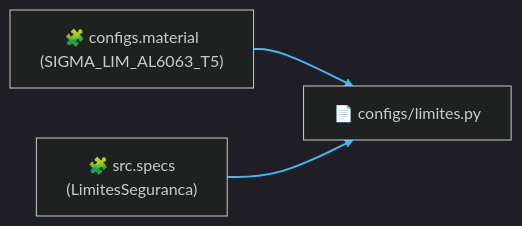
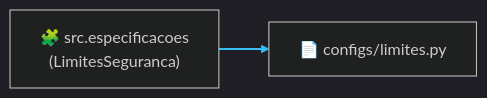
The diagram in docs/arquitetura/_gerados_c4/configs__limites.c4.md (Supernova-Sim/Simulator-GUI-Python), drawn with Mermaid before and after one commit. The commit also changed other lines of this file and 130 other files, not shown here.

````diff
--- a/docs/arquitetura/_gerados_c4/configs__limites.c4.md
+++ b/docs/arquitetura/_gerados_c4/configs__limites.c4.md
@@ -21,10 +21,8 @@
 ```mermaid
 %%{init: {'theme': 'dark', 'themeVariables': { 'lineColor': '#38bdf8' }}}%%
 flowchart LR
     MOD["📄 configs/limites.py"]
-    INT_0["🧩 configs.material\n(SIGMA_LIM_AL6063_T5)"] --> MOD
-    click INT_0 href "configs__material.c4.md" "Abrir C4 de configs.material"
-    INT_1["🧩 src.specs\n(LimitesSeguranca)"] --> MOD
-    click INT_1 href "src__specs.c4.md" "Abrir C4 de src.specs"
+    INT_0["🧩 src.especificacoes\n(LimitesSeguranca)"] --> MOD
+    click INT_0 href "src__especificacoes.c4.md" "Abrir C4 de src.especificacoes"
     linkStyle default stroke:#38bdf8,stroke-width:2px;
 ```
````
